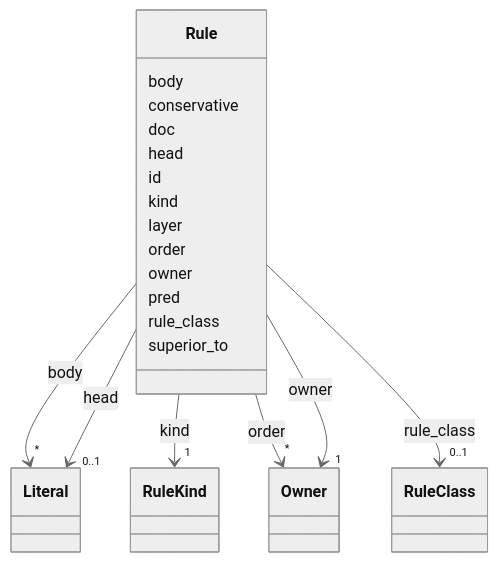
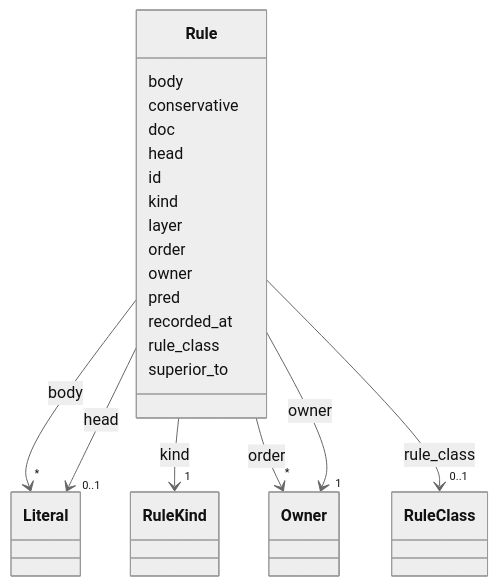
The diagram in spikes/v3/v3a-prolog/linkml/docs/schema/Rule.md (matthiasautrata/llm-policy-reasoning), drawn with Mermaid (neutral theme) before and after one commit. The commit also changed other lines of this file and 64 other files, not shown here.

```diff
--- a/spikes/v3/v3a-prolog/linkml/docs/schema/Rule.md
+++ b/spikes/v3/v3a-prolog/linkml/docs/schema/Rule.md
@@ -89,6 +89,8 @@
         
       Rule : pred
         
+      Rule : recorded_at
+        
       Rule : rule_class
         
           
```
